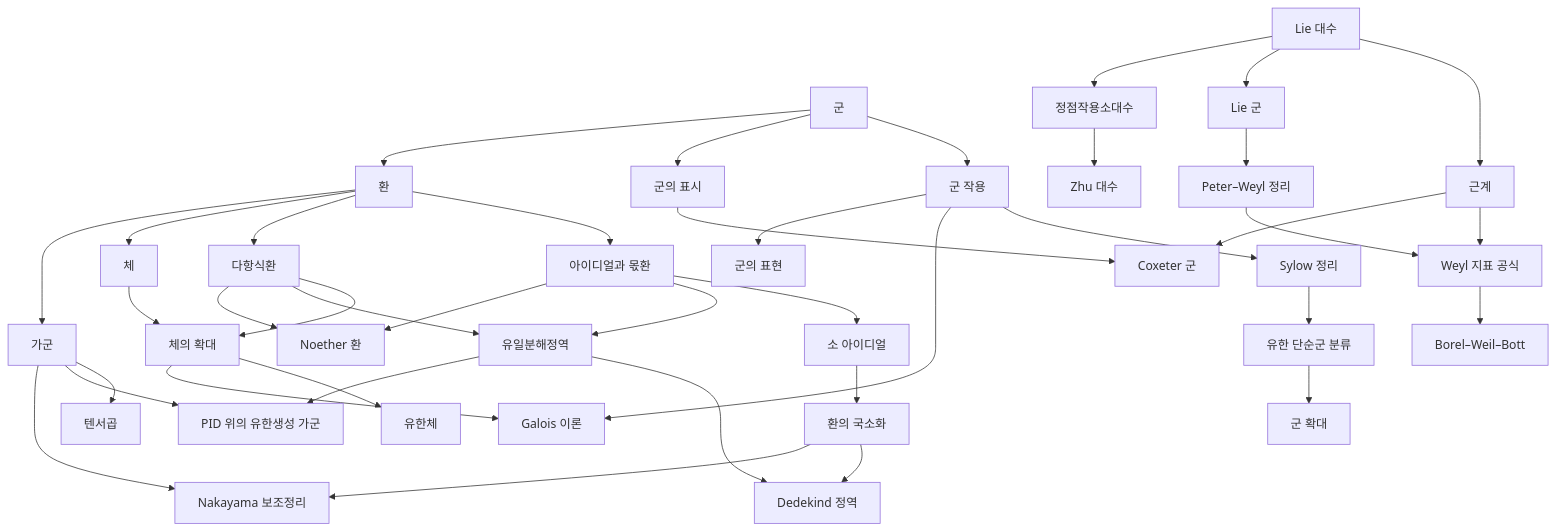
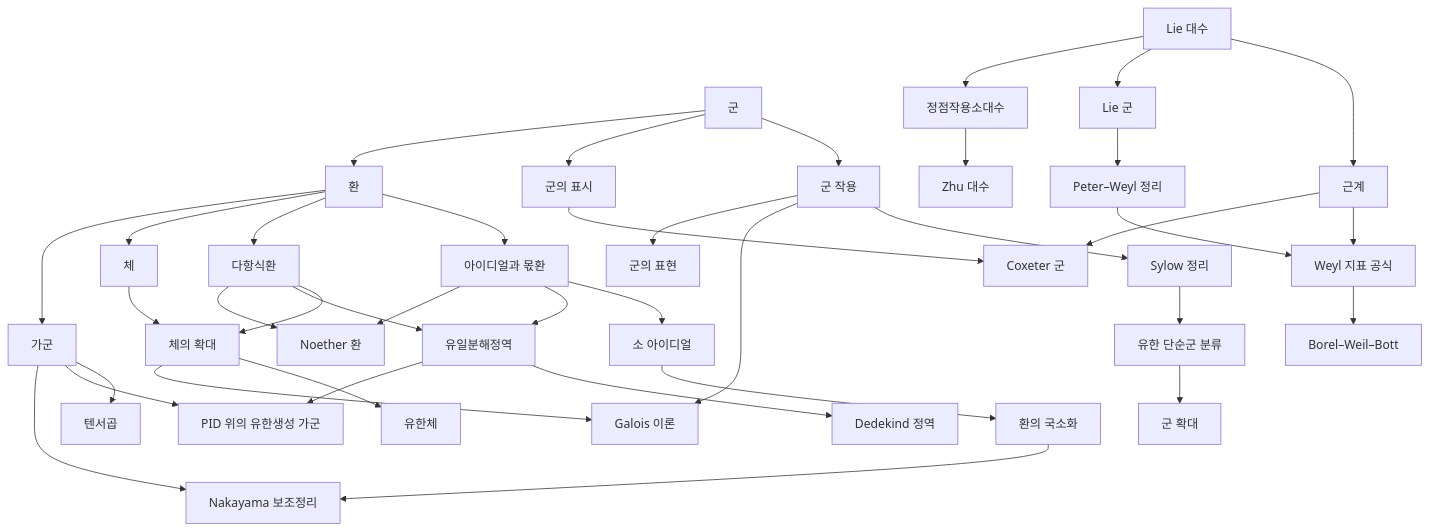
The diagram in docs/abstract-algebra-overview.md (Phryxia/math-map), drawn with Mermaid before and after one commit. The commit also changed 1 other file, not shown here.

Commit message:
drop two overview map arrows that are not real edges
Claude-Session: https://claude.ai/code/session_01UBWtpJbMJYWRCiLaMths5Z

````diff
--- a/docs/abstract-algebra-overview.md
+++ b/docs/abstract-algebra-overview.md
@@ -11,25 +11,24 @@
 ```mermaid
 graph TD
   G["군"] --> GA["군 작용"] --> SY["Sylow 정리"] --> FS["유한 단순군 분류"] --> GE["군 확대"]
   GA --> GT["Galois 이론"]
   GA --> GR["군의 표현"]
   G --> GP["군의 표시"] --> CX["Coxeter 군"]
   G --> R["환"] --> ID["아이디얼과 몫환"] --> PI["소 아이디얼"] --> LZ["환의 국소화"]
   ID --> UFD["유일분해정역"] --> DD["Dedekind 정역"]
   ID --> NO["Noether 환"]
-  LZ --> DD
   R --> PR["다항식환"] --> FE["체의 확대"]
   PR --> UFD
   PR --> NO
   R --> F["체"] --> FE --> FF["유한체"]
   FE --> GT
   R --> M["가군"] --> TP["텐서곱"]
   M --> FG["PID 위의 유한생성 가군"]
   UFD --> FG
   M --> NK["Nakayama 보조정리"]
   LZ --> NK
   LA["Lie 대수"] --> RS["근계"] --> WC["Weyl 지표 공식"] --> BWB["Borel–Weil–Bott"]
   RS --> CX
   LA --> LG["Lie 군"] --> PW["Peter–Weyl 정리"] --> WC
   LA --> VOA["정점작용소대수"] --> ZA["Zhu 대수"]
 ```
````
